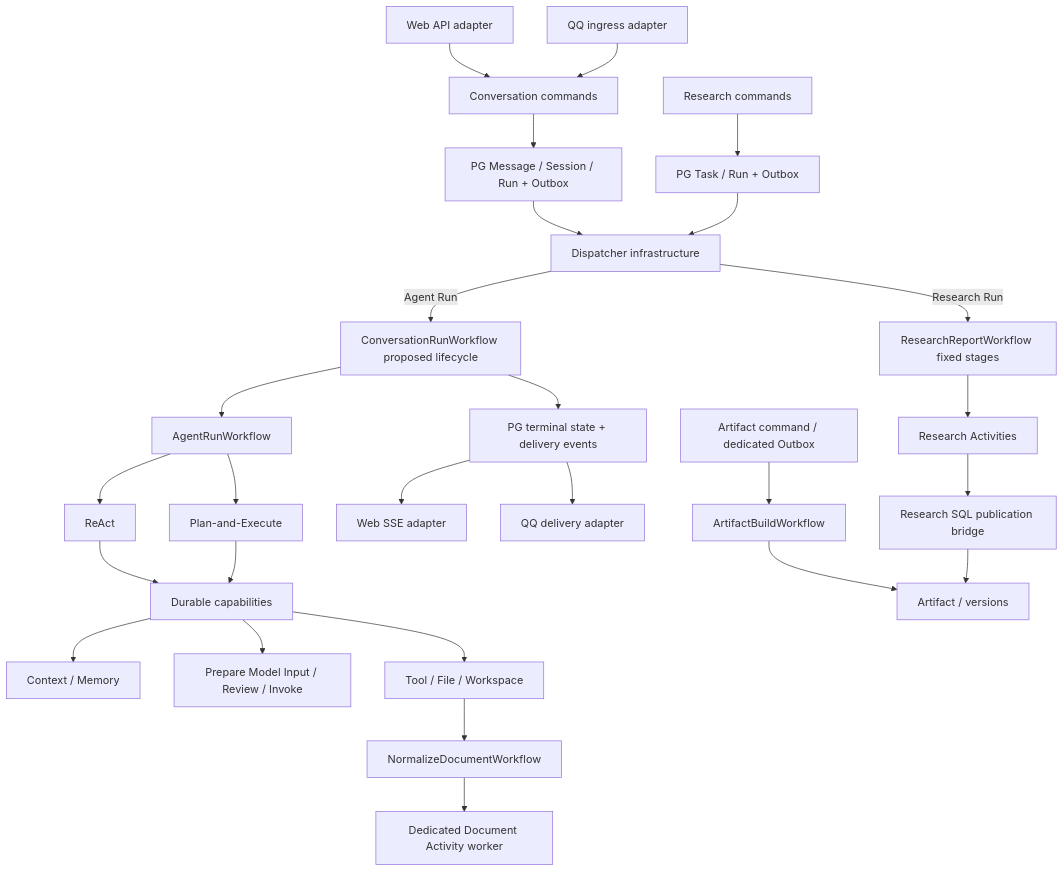
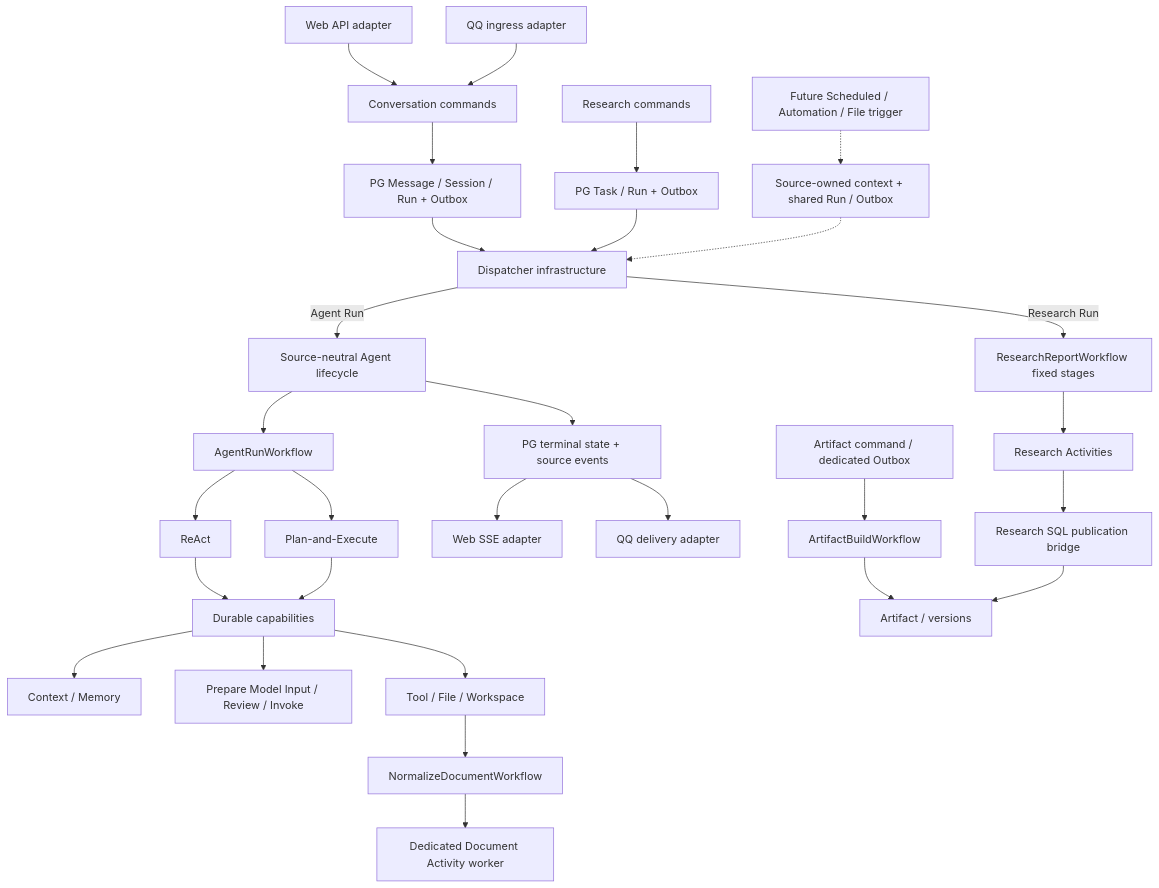
One commit to k1po9/HpAgent changed the diagram in artifacts/architecture-audit/phase2_2/02_target_boundaries.md. Above: the diagram before and after it, drawn with Mermaid. The commit also changed other lines of this file and 15 other files, not shown here.

````diff
--- a/artifacts/architecture-audit/phase2_2/02_target_boundaries.md
+++ b/artifacts/architecture-audit/phase2_2/02_target_boundaries.md
@@ -12,29 +12,31 @@
 ```mermaid
 flowchart TD
     W[Web API adapter] --> C[Conversation commands]
     Q[QQ ingress adapter] --> C
     C --> TX[PG Message / Session / Run + Outbox]
     R[Research commands] --> RT[PG Task / Run + Outbox]
     TX --> D[Dispatcher infrastructure]
     RT --> D
-    D -->|Agent Run| L[ConversationRunWorkflow proposed lifecycle]
+    S[Future Scheduled / Automation / File trigger] -.-> SR[Source-owned context + shared Run / Outbox]
+    SR -.-> D
+    D -->|Agent Run| L[Source-neutral Agent lifecycle]
     L --> A[AgentRunWorkflow]
     A --> RE[ReAct]
     A --> PE[Plan-and-Execute]
     RE --> CAP[Durable capabilities]
     PE --> CAP
     CAP --> CTX[Context / Memory]
     CAP --> MOD[Prepare Model Input / Review / Invoke]
     CAP --> TOOL[Tool / File / Workspace]
     D -->|Research Run| RW[ResearchReportWorkflow fixed stages]
     RW --> RA[Research Activities]
     RA --> RP[Research SQL publication bridge]
     RP --> AR[Artifact / versions]
     B[Artifact command / dedicated Outbox] --> BW[ArtifactBuildWorkflow]
     BW --> AR
     TOOL --> NW[NormalizeDocumentWorkflow]
     NW --> DA[Dedicated Document Activity worker]
-    L --> F[PG terminal state + delivery events]
+    L --> F[PG terminal state + source events]
     F --> WS[Web SSE adapter]
     F --> QS[QQ delivery adapter]
 ```
````
